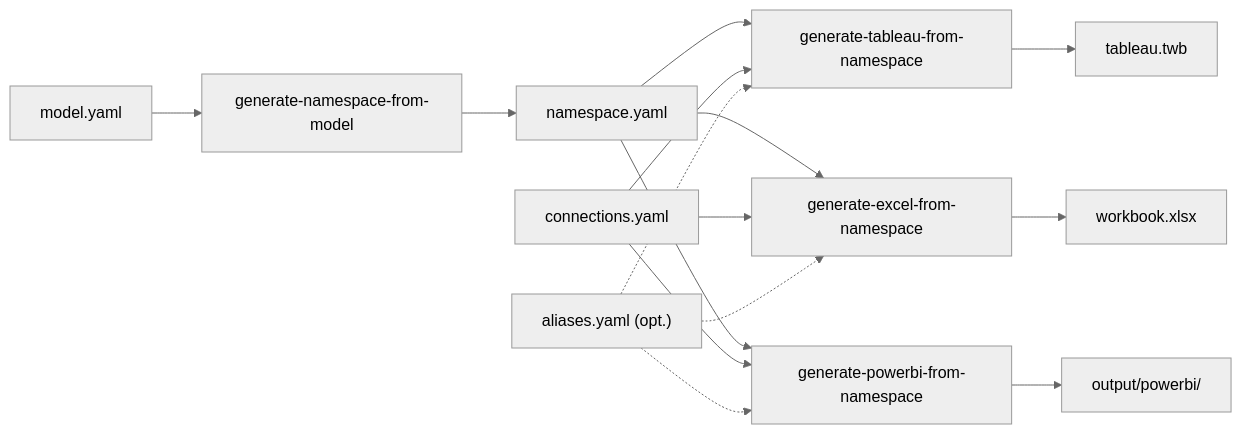
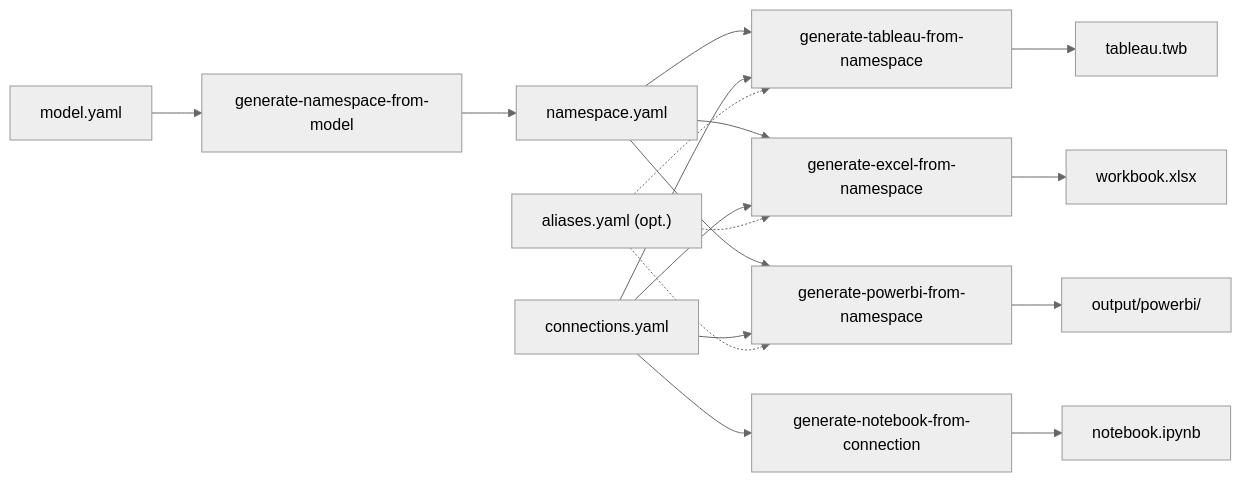
Before and after one commit to AtScaleInc/ps-utils: the fourth of 9 diagrams in README.md, drawn with Mermaid (neutral theme). The commit also changed other lines of this file and 14 other files, not shown here.

````diff
--- a/README.md
+++ b/README.md
@@ -72,9 +74,10 @@
 ```mermaid
 flowchart LR
     MODEL["model.yaml"] --> A["generate-namespace-from-model"] --> NS["namespace.yaml"]
     NS --> B["generate-tableau-from-namespace"] --> TWB["tableau.twb"]
     NS --> C["generate-excel-from-namespace"] --> XLSX["workbook.xlsx"]
     NS --> D["generate-powerbi-from-namespace"] --> PBI["output/powerbi/"]
+    CONN --> E["generate-notebook-from-connection"] --> NB["notebook.ipynb"]
     CONN["connections.yaml"] --> B & C & D
     ALIASES["aliases.yaml (opt.)"] -.-> B & C & D
 ```
````
